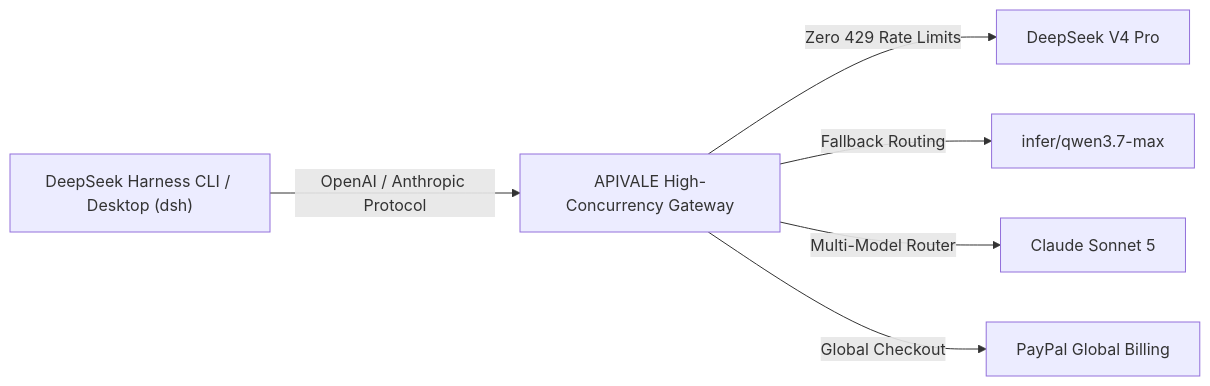
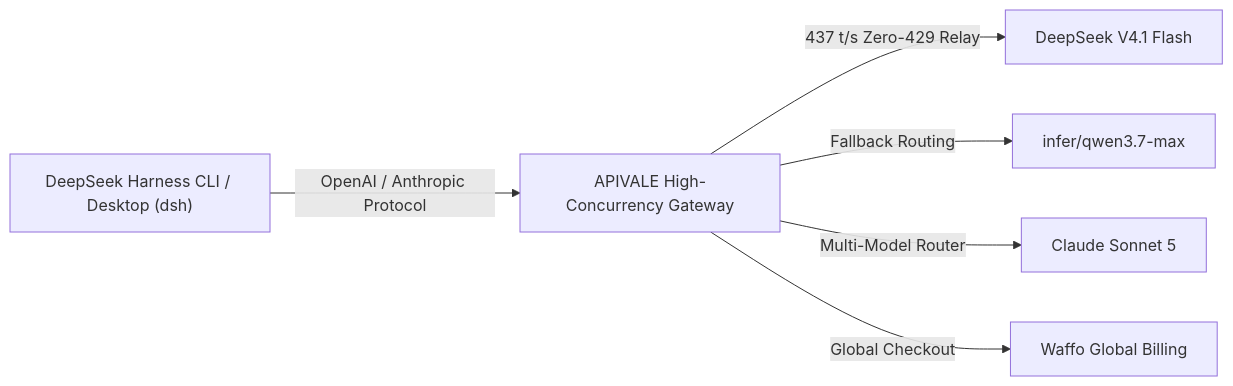
Before and after one commit to bshx2024/apivel_blog: the diagram in src/content/blog/deepseek-harness-custom-api-key-rate-limit-fix.md, drawn with Mermaid. The commit also changed other lines of this file and 3 other files, not shown here.

Commit message:
feat(blog): elevate DeepSeek V4.1 Flash 0910 official release guide & inject CRO calculator

````diff
--- a/src/content/blog/deepseek-harness-custom-api-key-rate-limit-fix.md
+++ b/src/content/blog/deepseek-harness-custom-api-key-rate-limit-fix.md
@@ -41,8 +41,8 @@
 ```mermaid
 graph LR
     A["DeepSeek Harness CLI / Desktop (dsh)"] -->|OpenAI / Anthropic Protocol| B["APIVALE High-Concurrency Gateway"]
-    B -->|Zero 429 Rate Limits| C["DeepSeek V4 Pro"]
+    B -->|437 t/s Zero-429 Relay| C["DeepSeek V4.1 Flash"]
     B -->|Fallback Routing| D["infer/qwen3.7-max"]
     B -->|Multi-Model Router| E["Claude Sonnet 5"]
-    B -->|Global Checkout| F["PayPal Global Billing"]
+    B -->|Global Checkout| F["Waffo Global Billing"]
 ```
````
